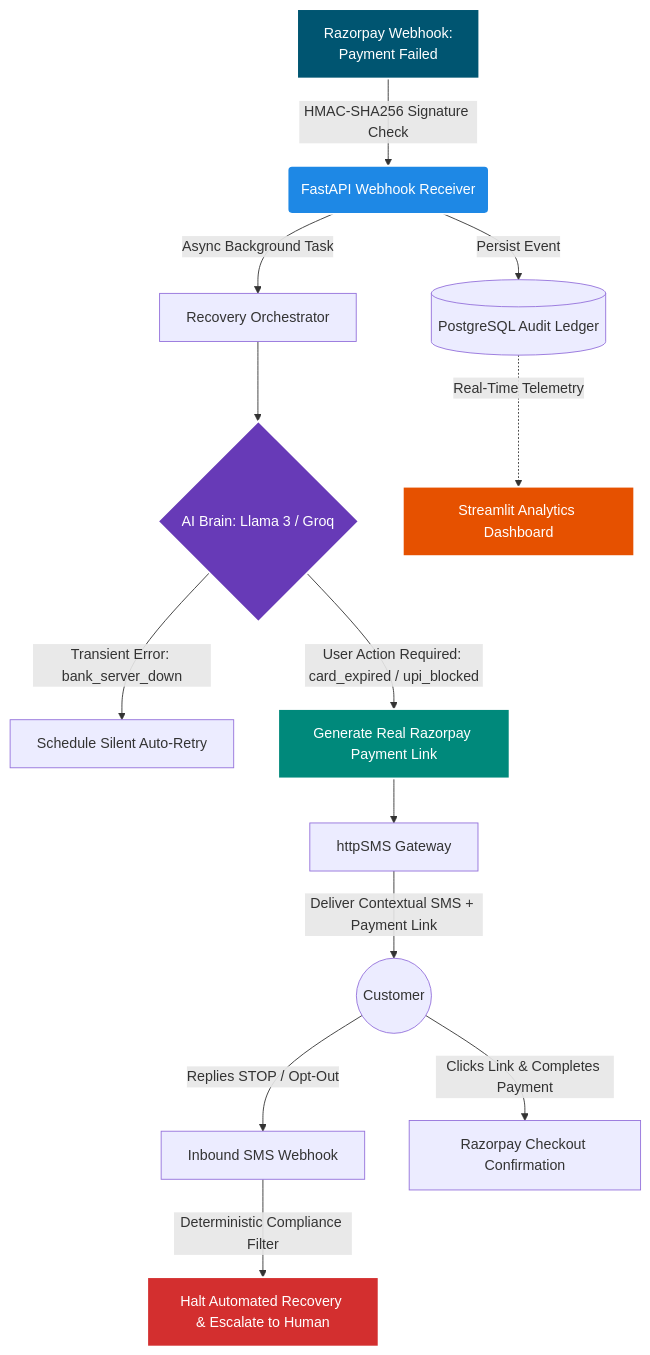
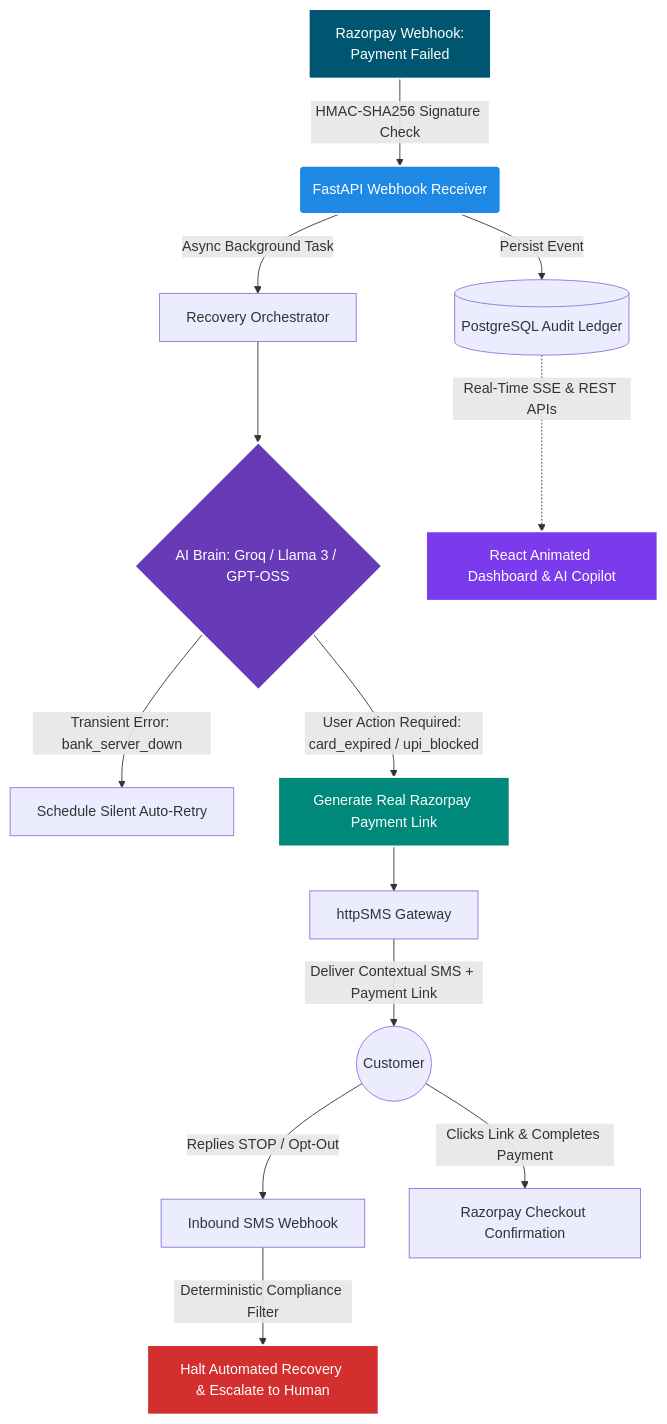
The diagram in README.md (sagar-grv/razorpay-lifeline), drawn with Mermaid before and after one commit. The commit also changed other lines of this file and 25 other files, not shown here.

Commit message:
feat: upgrade to animated React dashboard with AI copilot, live log streaming, and unified supervisor

````diff
--- a/README.md
+++ b/README.md
@@ -26,22 +27,22 @@
 ```mermaid
 graph TD
     A[Razorpay Webhook:<br>Payment Failed] -->|HMAC-SHA256 Signature Check| B(FastAPI Webhook Receiver)
     B -->|Persist Event| C[(PostgreSQL Audit Ledger)]
     B -->|Async Background Task| D[Recovery Orchestrator]
-    D --> E{AI Brain: Llama 3 / Groq}
+    D --> E{AI Brain: Groq / Llama 3 / GPT-OSS}
     E -->|Transient Error: bank_server_down| F[Schedule Silent Auto-Retry]
     E -->|User Action Required: card_expired / upi_blocked| G[Generate Real Razorpay Payment Link]
     G --> H[httpSMS Gateway]
     H -->|Deliver Contextual SMS + Payment Link| I((Customer))
     I -->|Replies STOP / Opt-Out| J[Inbound SMS Webhook]
     J -->|Deterministic Compliance Filter| K[Halt Automated Recovery & Escalate to Human]
     I -->|Clicks Link & Completes Payment| L[Razorpay Checkout Confirmation]
-    C -.->|Real-Time Telemetry| M[Streamlit Analytics Dashboard]
+    C -.->|Real-Time SSE & REST APIs| M[React Animated Dashboard & AI Copilot]
 
     style A fill:#005571,stroke:#fff,stroke-width:2px,color:#fff
     style B fill:#1E88E5,stroke:#fff,stroke-width:2px,color:#fff
     style E fill:#673AB7,stroke:#fff,stroke-width:2px,color:#fff
     style G fill:#00897B,stroke:#fff,stroke-width:2px,color:#fff
     style K fill:#D32F2F,stroke:#fff,stroke-width:2px,color:#fff
-    style M fill:#E65100,stroke:#fff,stroke-width:2px,color:#fff
+    style M fill:#7C3AED,stroke:#fff,stroke-width:2px,color:#fff
 ```
````
